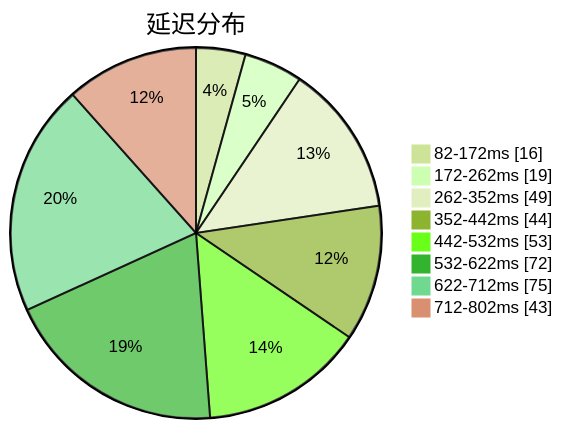
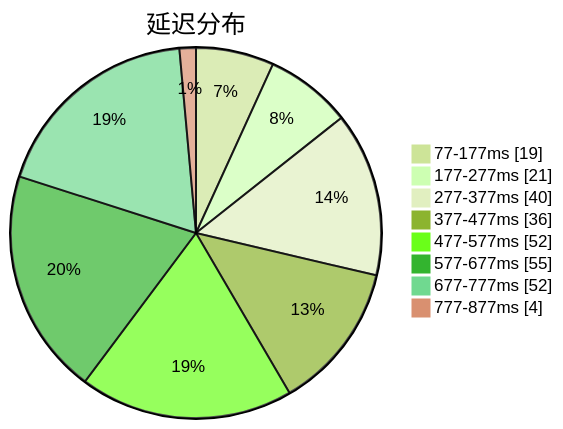
The first of 3 diagrams in subs/statistics/tested_within.md (sinspired/airport), drawn with Mermaid (forest theme) before and after one commit. The commit also changed other lines of this file and 2 other files, not shown here.

````diff
--- a/subs/statistics/tested_within.md
+++ b/subs/statistics/tested_within.md
@@ -2,12 +2,12 @@
 ```mermaid
 pie showData
 title 延迟分布
-"82-172ms" : 16
-"172-262ms" : 19
-"262-352ms" : 49
-"352-442ms" : 44
-"442-532ms" : 53
-"532-622ms" : 72
-"622-712ms" : 75
-"712-802ms" : 43
+"77-177ms" : 19
+"177-277ms" : 21
+"277-377ms" : 40
+"377-477ms" : 36
+"477-577ms" : 52
+"577-677ms" : 55
+"677-777ms" : 52
+"777-877ms" : 4
 ```
````
